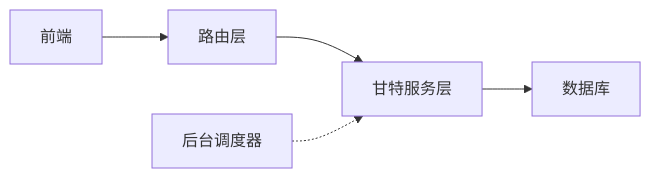
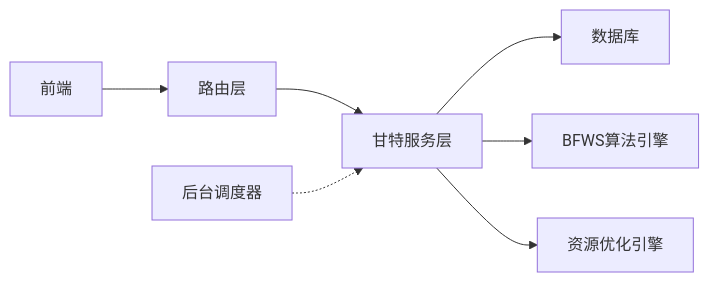
Before and after one commit to JiaStan/shizhi_system_df: the fourth of 4 diagrams in .qoder/repowiki/zh/content/资源管理模块/甘特图排程.md, drawn with Mermaid. The commit also changed other lines of this file and 53 other files, not shown here.

````diff
--- a/.qoder/repowiki/zh/content/资源管理模块/甘特图排程.md
+++ b/.qoder/repowiki/zh/content/资源管理模块/甘特图排程.md
@@ -187,7 +236,9 @@
 ```mermaid
 graph LR
 Router["路由层"] --> Service["甘特服务层"]
 Service --> DB["数据库"]
 Frontend["前端"] --> Router
 Scheduler["后台调度器"] -.-> Service
+Service --> BFWS["BFWS算法引擎"]
+Service --> OPT["资源优化引擎"]
 ```
````
